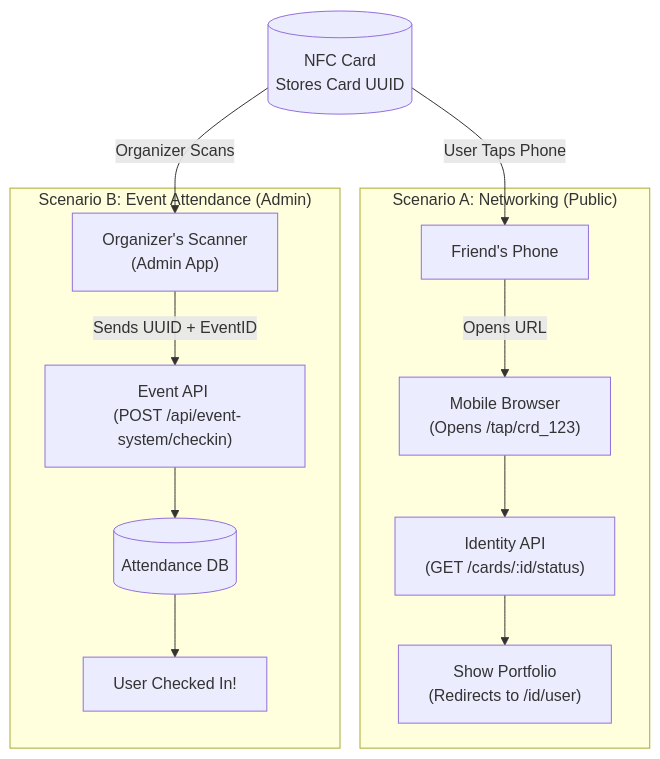
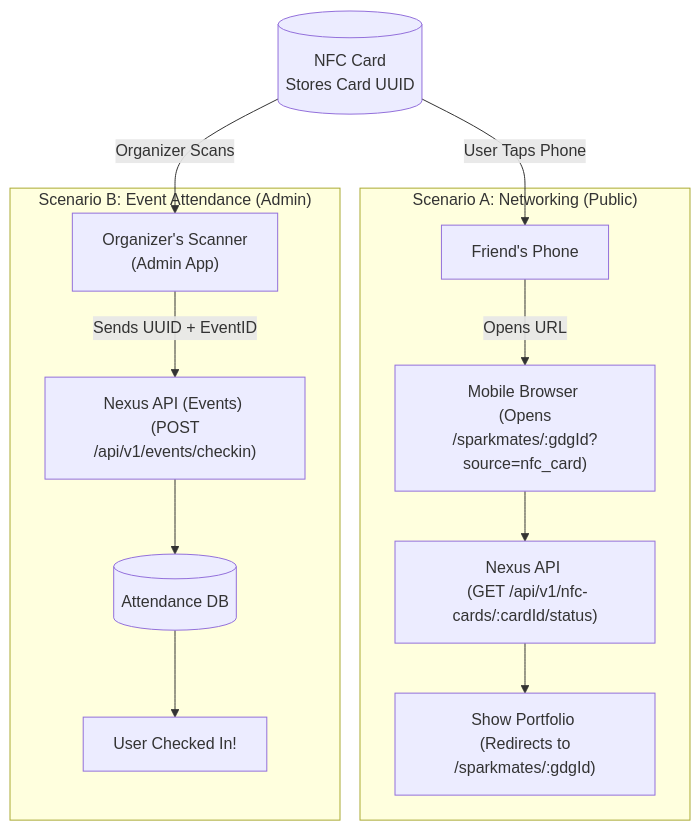
Before and after one commit to gdg-pup-webdev/gdg-pup-platform: the first of 2 diagrams in docs/NFC/01-IDENTITY_FLOW.md, drawn with Mermaid. The commit also changed other lines of this file and 10 other files, not shown here.

Commit message:
chore: enhance the activation and user experience for the nfc

````diff
--- a/docs/NFC/01-IDENTITY_FLOW.md
+++ b/docs/NFC/01-IDENTITY_FLOW.md
@@ -9,32 +9,32 @@
 ```mermaid
 graph TD
     %% Nodes
     Card[("NFC Card <br/> Stores Card UUID")]
 
     %% Context A: Public Networking
     subgraph "Scenario A: Networking (Public)"
         UserPhone["Friend's Phone"]
-        Browser["Mobile Browser <br/> (Opens /tap/crd_123)"]
-        IdentityAPI["Identity API <br/> (GET /cards/:id/status)"]
-        PortfolioUI["Show Portfolio <br/> (Redirects to /id/user)"]
+        Browser["Mobile Browser <br/> (Opens /sparkmates/:gdgId?source=nfc_card)"]
+        NexusAPI["Nexus API <br/> (GET /api/v1/nfc-cards/:cardId/status)"]
+        PortfolioUI["Show Portfolio <br/> (Redirects to /sparkmates/:gdgId)"]
     end
 
     %% Context B: Event Check-in
     subgraph "Scenario B: Event Attendance (Admin)"
         AdminDevice["Organizer's Scanner <br/> (Admin App)"]
-        EventAPI["Event API <br/> (POST /api/event-system/checkin)"]
+        EventAPI["Nexus API (Events) <br/> (POST /api/v1/events/checkin)"]
         AttendanceDB[("Attendance DB")]
         SuccessMsg["User Checked In!"]
     end
 
     %% Flow
     Card -->|User Taps Phone| UserPhone
     UserPhone -->|Opens URL| Browser
-    Browser --> IdentityAPI
-    IdentityAPI --> PortfolioUI
+    Browser --> NexusAPI
+    NexusAPI --> PortfolioUI
 
     Card -->|Organizer Scans| AdminDevice
     AdminDevice -->|Sends UUID + EventID| EventAPI
     EventAPI --> AttendanceDB
     AttendanceDB --> SuccessMsg
 ```
````
